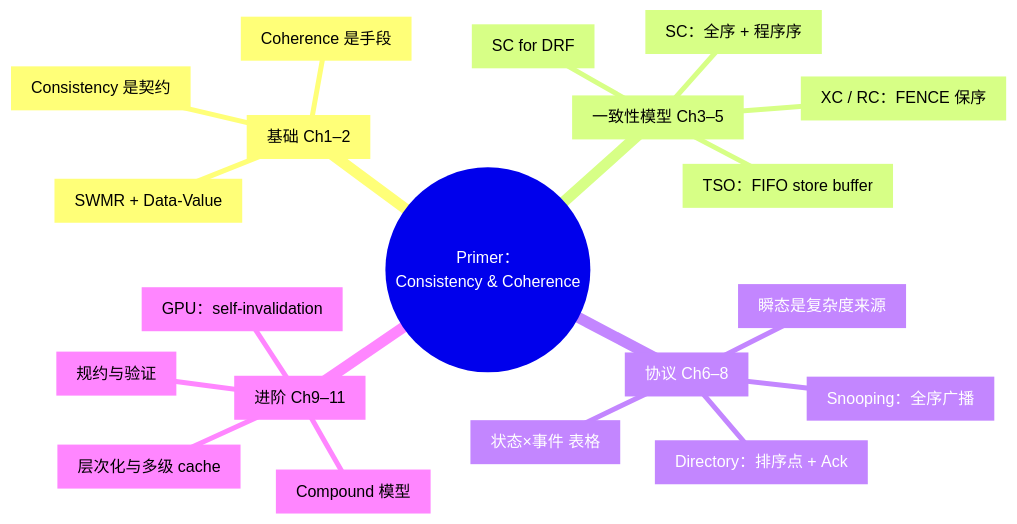
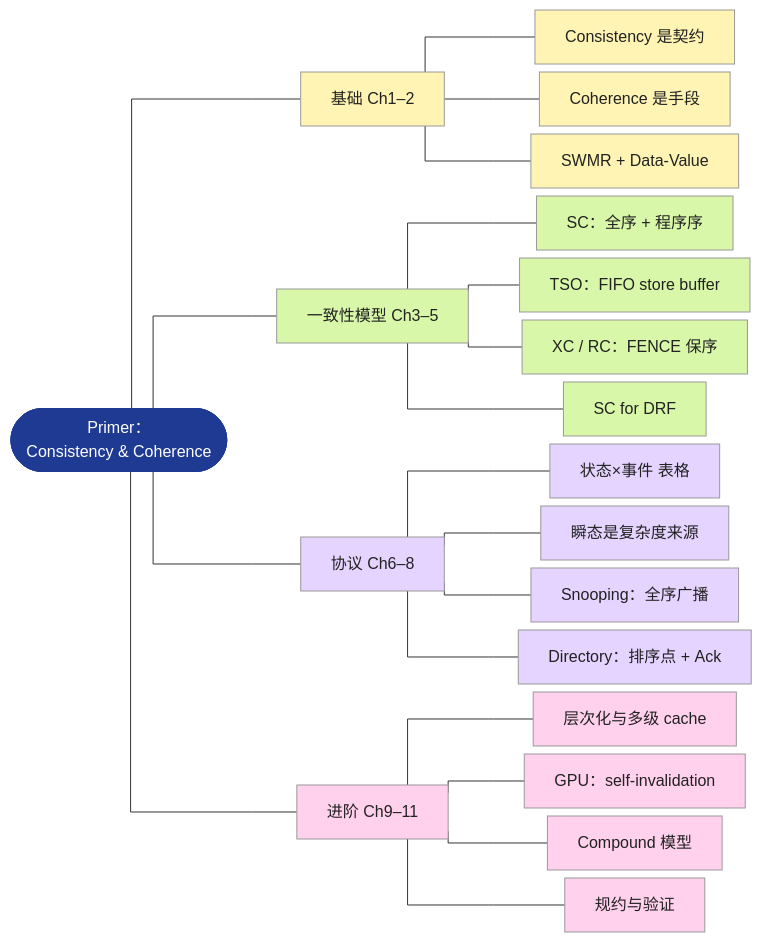
Before and after one commit to BeenLi/dailypaper-skills: the second of 2 diagrams in skills/book-reader/references/mindmap-rules.md, drawn with Mermaid. The commit also changed other lines of this file and 1 other file, not shown here.

First line of the commit message:
book-reader: draw the mind map as a left-to-right tree

````diff
--- a/skills/book-reader/references/mindmap-rules.md
+++ b/skills/book-reader/references/mindmap-rules.md
@@ -109,23 +132,29 @@
 ```mermaid
-mindmap
-  root(("Primer：<br/>Consistency & Coherence"))
-    Basis["基础 Ch1–2"]
-      B1["Consistency 是契约"]
-      B2["Coherence 是手段"]
-      B3["SWMR + Data-Value"]
-    Models["一致性模型 Ch3–5"]
-      M1["SC：全序 + 程序序"]
-      M2["TSO：FIFO store buffer"]
-      M3["XC / RC：FENCE 保序"]
-      M4["SC for DRF"]
-    Protocols["协议 Ch6–8"]
-      P1["状态×事件 表格"]
-      P2["瞬态是复杂度来源"]
-      P3["Snooping：全序广播"]
-      P4["Directory：排序点 + Ack"]
-    Advanced["进阶 Ch9–11"]
-      A1["层次化与多级 cache"]
-      A2["GPU：self-invalidation"]
-      A3["Compound 模型"]
-      A4["规约与验证"]
+%%{init: {"flowchart": {"nodeSpacing": 8, "rankSpacing": 50, "curve": "stepBefore"}}}%%
+flowchart LR
+  Root(["Primer：<br/>Consistency & Coherence"]):::hub
+  Root --- Basis["基础 Ch1–2"]:::c1
+    Basis --- B1["Consistency 是契约"]:::c1
+    Basis --- B2["Coherence 是手段"]:::c1
+    Basis --- B3["SWMR + Data-Value"]:::c1
+  Root --- Models["一致性模型 Ch3–5"]:::c2
+    Models --- M1["SC：全序 + 程序序"]:::c2
+    Models --- M2["TSO：FIFO store buffer"]:::c2
+    Models --- M3["XC / RC：FENCE 保序"]:::c2
+    Models --- M4["SC for DRF"]:::c2
+  Root --- Protocols["协议 Ch6–8"]:::c3
+    Protocols --- P1["状态×事件 表格"]:::c3
+    Protocols --- P2["瞬态是复杂度来源"]:::c3
+    Protocols --- P3["Snooping：全序广播"]:::c3
+    Protocols --- P4["Directory：排序点 + Ack"]:::c3
+  Root --- Advanced["进阶 Ch9–11"]:::c4
+    Advanced --- A1["层次化与多级 cache"]:::c4
+    Advanced --- A2["GPU：self-invalidation"]:::c4
+    Advanced --- A3["Compound 模型"]:::c4
+    Advanced --- A4["规约与验证"]:::c4
+  classDef hub fill:#1f3a93,color:#fff,stroke:#1f3a93
+  classDef c1 fill:#fff4b3,color:#222,stroke:#999
+  classDef c2 fill:#d9f7a8,color:#222,stroke:#999
+  classDef c3 fill:#e5d4ff,color:#222,stroke:#999
+  classDef c4 fill:#ffd1ec,color:#222,stroke:#999
 ```
````
